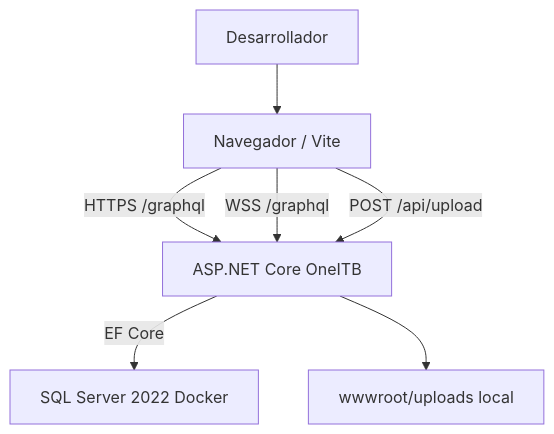
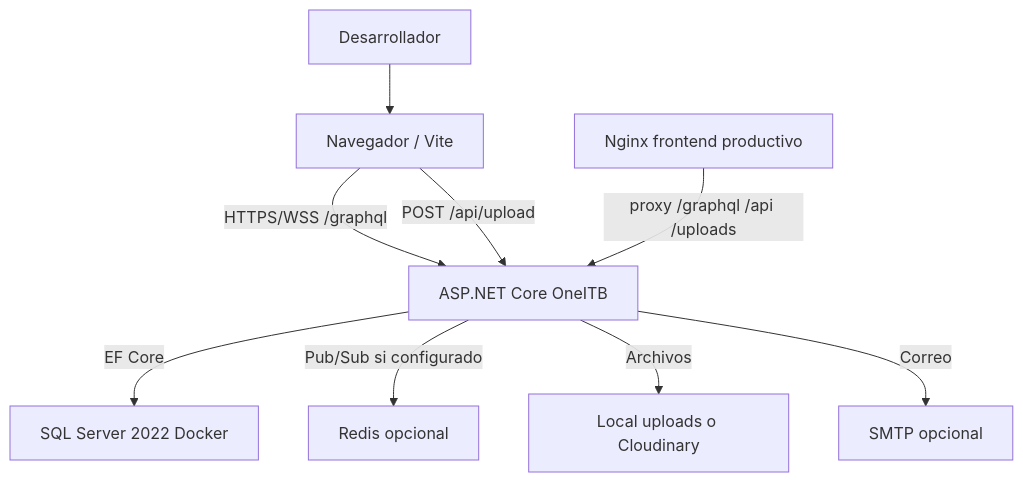
One commit to fagdiaz/OneITB changed the fifth of 5 diagrams in docs/academic/04-design-diagrams.md. Above: the diagram before and after it, drawn with Mermaid. The commit also changed other lines of this file and 53 other files, not shown here.

````diff
--- a/docs/academic/04-design-diagrams.md
+++ b/docs/academic/04-design-diagrams.md
@@ -323,15 +262,20 @@
 ```mermaid
 flowchart TB
     Developer["Desarrollador"]
     Browser["Navegador / Vite"]
     Api["ASP.NET Core OneITB"]
     DockerSql["SQL Server 2022 Docker"]
-    Uploads["wwwroot/uploads local"]
+    Redis["Redis opcional"]
+    Storage["Local uploads o Cloudinary"]
+    Smtp["SMTP opcional"]
+    Nginx["Nginx frontend productivo"]
 
     Developer --> Browser
-    Browser -->|HTTPS /graphql| Api
-    Browser -->|WSS /graphql| Api
+    Browser -->|HTTPS/WSS /graphql| Api
     Browser -->|POST /api/upload| Api
     Api -->|EF Core| DockerSql
-    Api --> Uploads
+    Api -->|Pub/Sub si configurado| Redis
+    Api -->|Archivos| Storage
+    Api -->|Correo| Smtp
+    Nginx -->|proxy /graphql /api /uploads| Api
 ```
````
